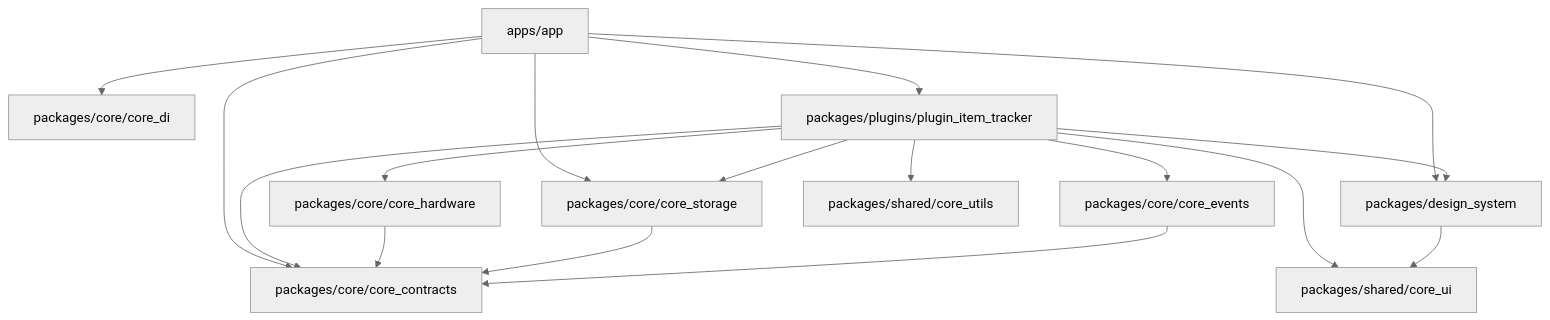
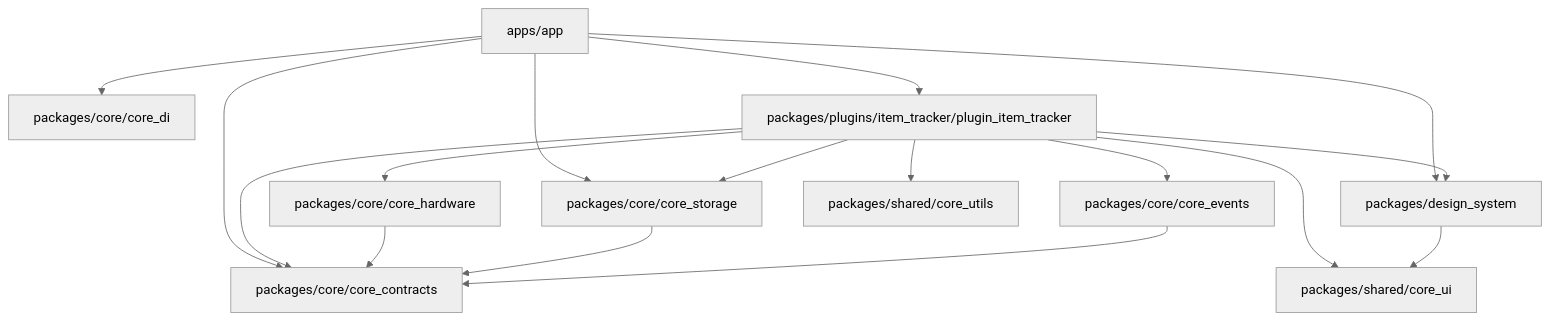
Before and after one commit to cristian2024/home_tasks: the first of 4 diagrams in specs/app_spec.md, drawn with Mermaid (neutral theme). The commit also changed other lines of this file and 142 other files, not shown here.

First line of the commit message:
refactor(item_tracker): mover el plugin a su carpeta de funcionalidad

````diff
--- a/specs/app_spec.md
+++ b/specs/app_spec.md
@@ -180,21 +182,21 @@
 ```mermaid
 graph TD
     App[apps/app] --> CoreContracts[packages/core/core_contracts]
     App --> CoreDI[packages/core/core_di]
     App --> CoreStorage[packages/core/core_storage]
     App --> DesignSystem[packages/design_system]
-    App --> PluginItemTracker[packages/plugins/plugin_item_tracker]
+    App --> PluginItemTracker[packages/plugins/item_tracker/plugin_item_tracker]
 
     PluginItemTracker --> CoreContracts
     PluginItemTracker --> CoreHardware[packages/core/core_hardware]
     PluginItemTracker --> CoreEvents[packages/core/core_events]
     PluginItemTracker --> DesignSystem
     PluginItemTracker --> CoreUI[packages/shared/core_ui]
     PluginItemTracker --> CoreUtils[packages/shared/core_utils]
     PluginItemTracker --> CoreStorage
 
     CoreHardware --> CoreContracts
     CoreStorage --> CoreContracts
     CoreEvents --> CoreContracts
     DesignSystem --> CoreUI
 ```
````
